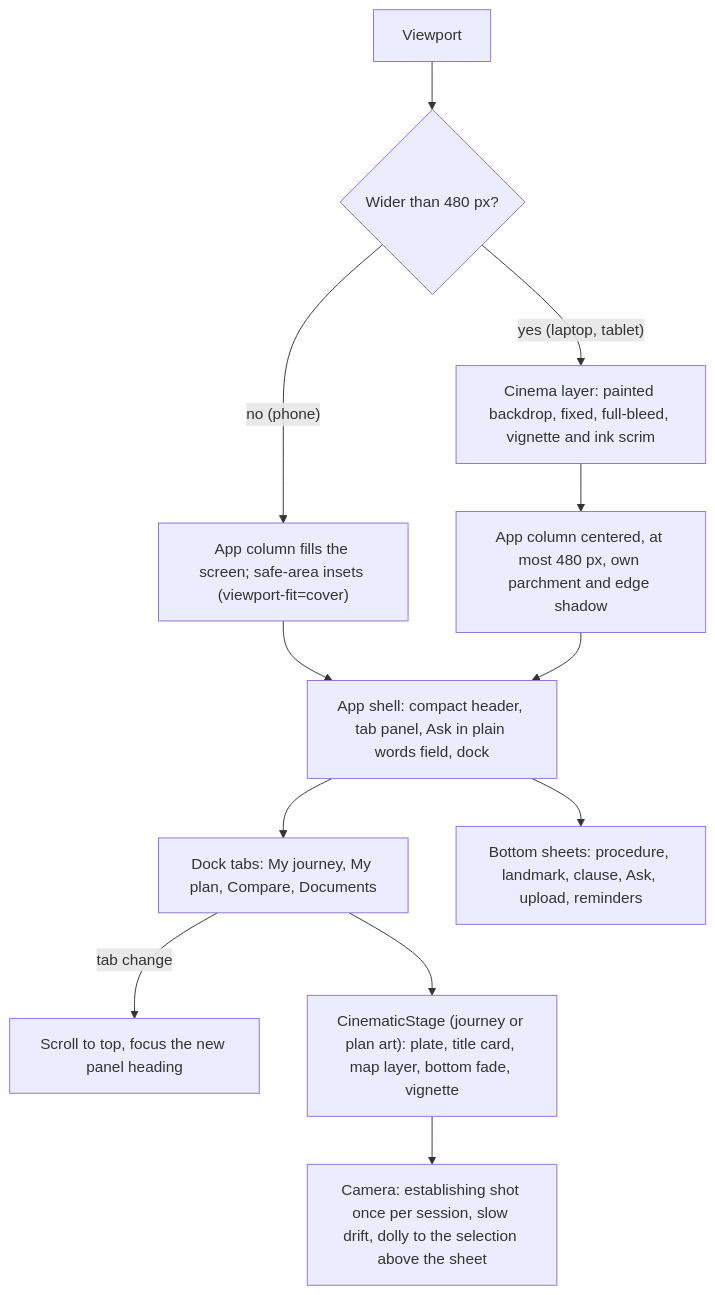
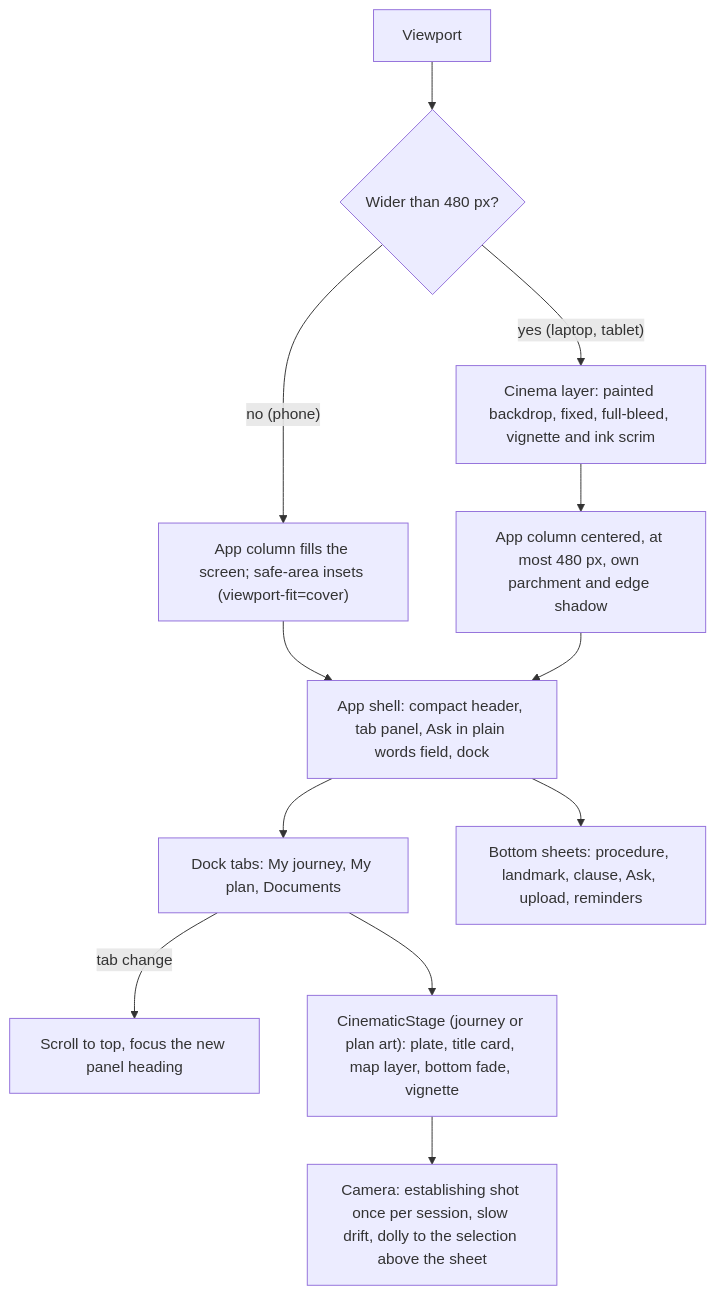
Before and after one commit to ashrit725-beep/oralcompass: the second of 9 diagrams in docs/ARCHITECTURE.md, drawn with Mermaid. The commit also changed other lines of this file and 54 other files, not shown here.

````diff
--- a/docs/ARCHITECTURE.md
+++ b/docs/ARCHITECTURE.md
@@ -61,13 +61,13 @@
 ```mermaid
 flowchart TB
   V["Viewport"] --> W{"Wider than 480 px?"}
   W -- "no (phone)" --> P["App column fills the screen; safe-area insets (viewport-fit=cover)"]
   W -- "yes (laptop, tablet)" --> C["Cinema layer: painted backdrop, fixed, full-bleed, vignette and ink scrim"]
   C --> Col["App column centered, at most 480 px, own parchment and edge shadow"]
   P & Col --> Shell["App shell: compact header, tab panel, Ask in plain words field, dock"]
-  Shell --> Tabs["Dock tabs: My journey, My plan, Compare, Documents"]
+  Shell --> Tabs["Dock tabs: My journey, My plan, Documents"]
   Tabs -- "tab change" --> Top["Scroll to top, focus the new panel heading"]
   Shell --> Sheets["Bottom sheets: procedure, landmark, clause, Ask, upload, reminders"]
   Tabs --> Stage["CinematicStage (journey or plan art): plate, title card, map layer, bottom fade, vignette"]
   Stage --> Cam["Camera: establishing shot once per session, slow drift, dolly to the selection above the sheet"]
 ```
````
